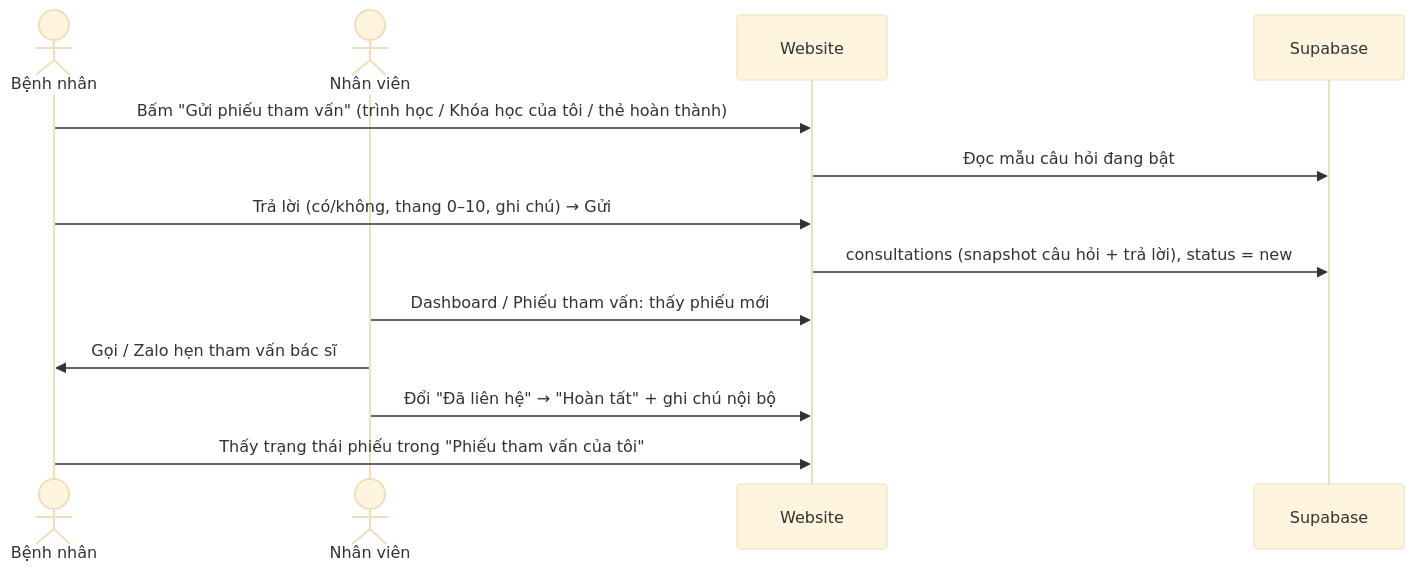
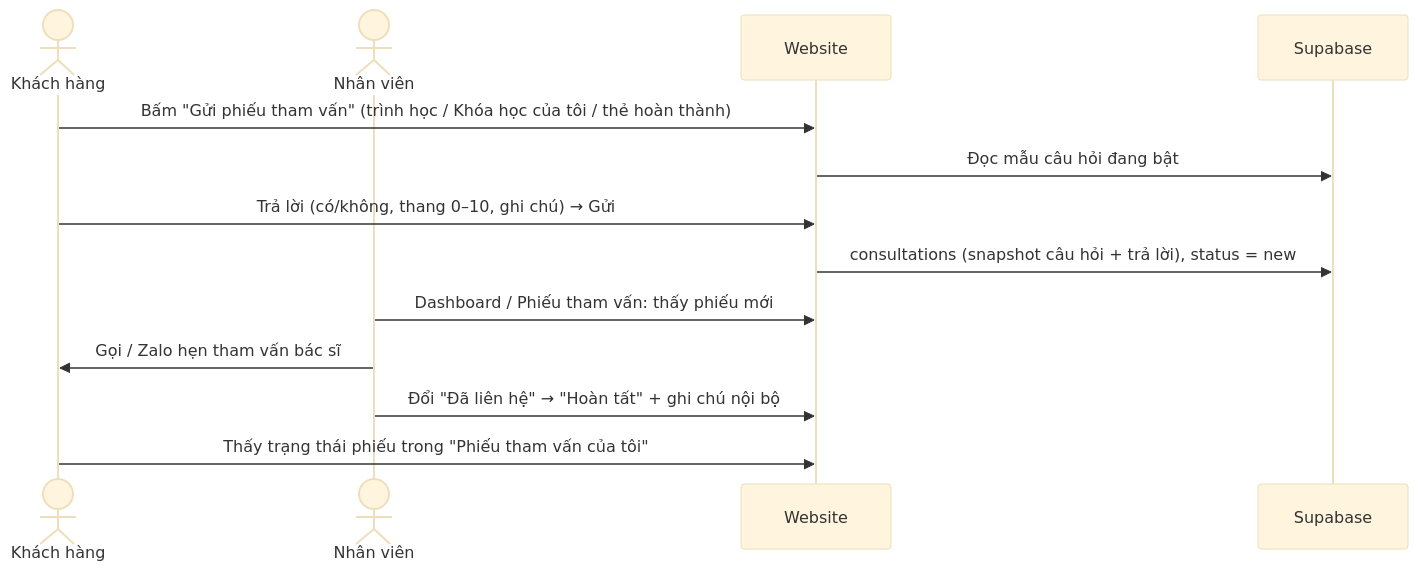
One commit to dgquan1001/course-platform changed diagram 12 of 13 in web design structure/02-user-stories/user-flows.md. Above: the diagram before and after it, drawn with Mermaid (base theme). The commit also changed other lines of this file and 72 other files, not shown here.

First line of the commit message:
feat: gọi chung "khách hàng", tách danh mục Khách hàng / Nhân viên, thêm / sửa / xóa cả hai, gỡ Vercel (Đợt 26)

````diff
--- a/web design structure/02-user-stories/user-flows.md
+++ b/web design structure/02-user-stories/user-flows.md
@@ -227,15 +227,15 @@
 ```mermaid
 sequenceDiagram
-  actor P as Bệnh nhân
+  actor P as Khách hàng
   actor S as Nhân viên
   participant W as Website
   participant DB as Supabase
   P->>W: Bấm "Gửi phiếu tham vấn" (trình học / Khóa học của tôi / thẻ hoàn thành)
   W->>DB: Đọc mẫu câu hỏi đang bật
   P->>W: Trả lời (có/không, thang 0–10, ghi chú) → Gửi
   W->>DB: consultations (snapshot câu hỏi + trả lời), status = new
   S->>W: Dashboard / Phiếu tham vấn: thấy phiếu mới
   S->>P: Gọi / Zalo hẹn tham vấn bác sĩ
   S->>W: Đổi "Đã liên hệ" → "Hoàn tất" + ghi chú nội bộ
   P->>W: Thấy trạng thái phiếu trong "Phiếu tham vấn của tôi"
 ```
````
